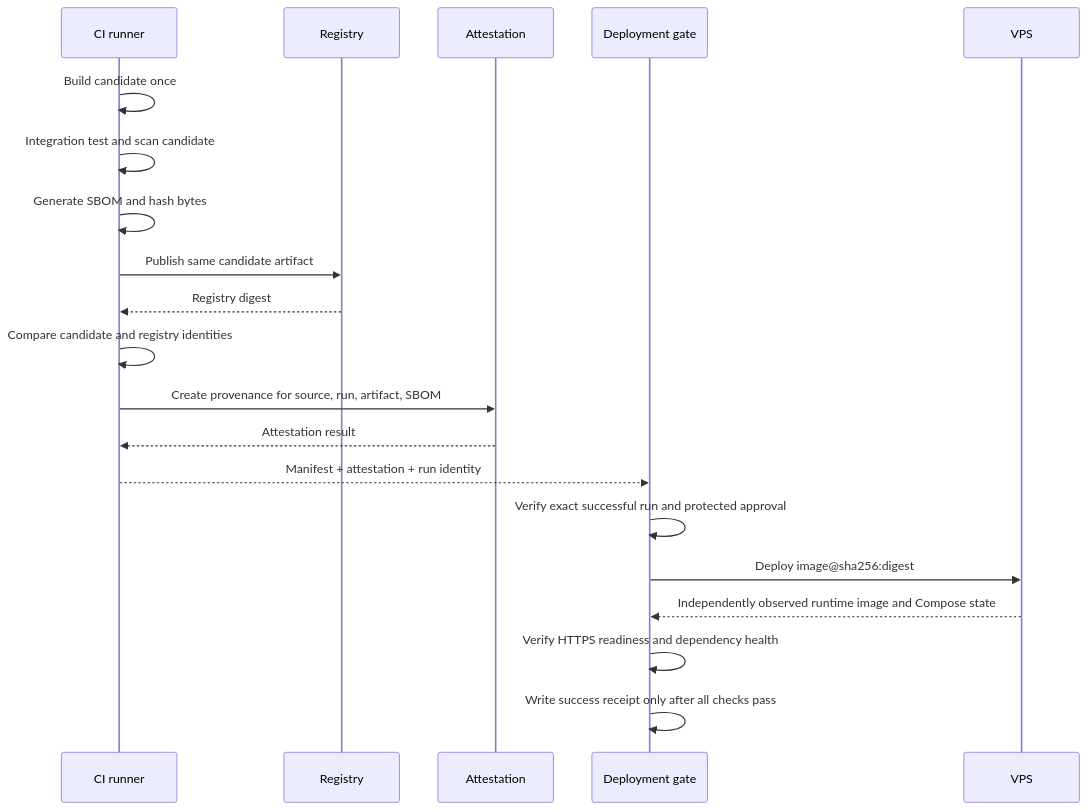
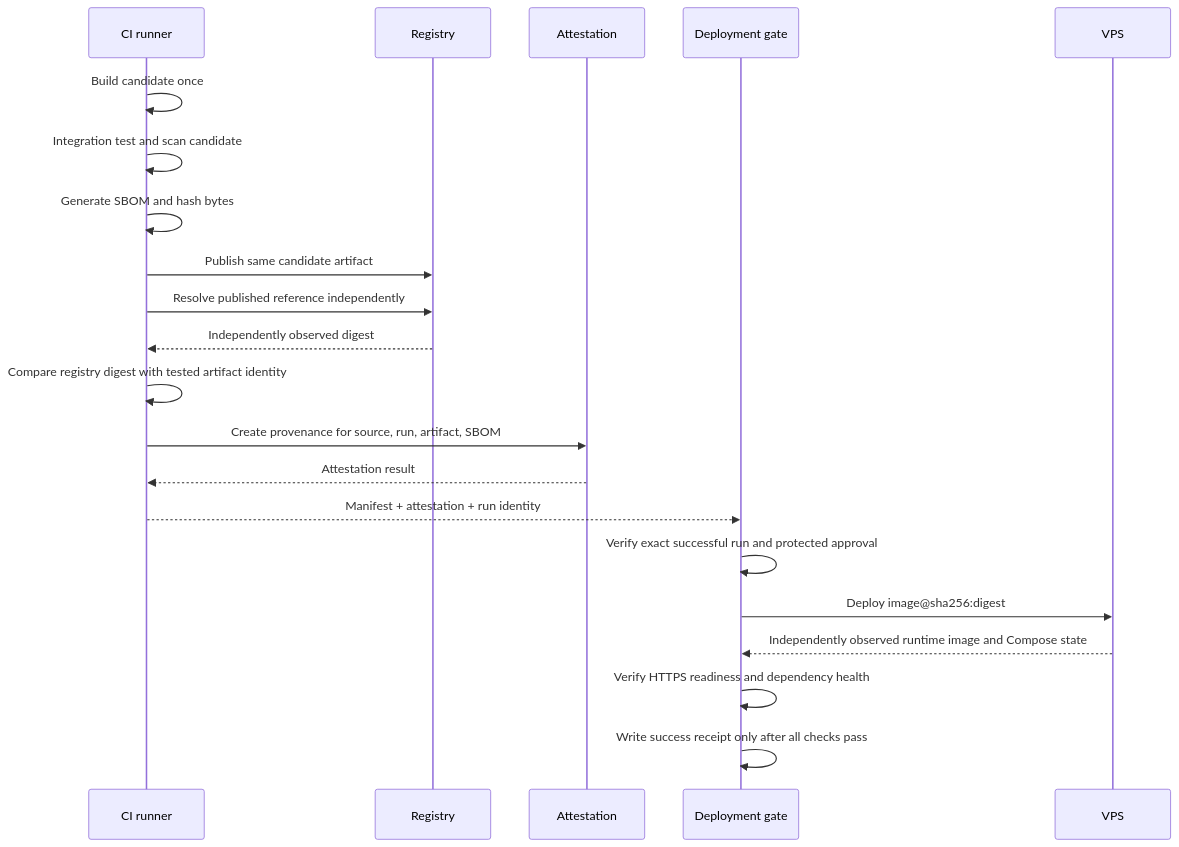
One commit to dhe-cruzer69/x4-fleet changed the diagram in docs/release-contract.md. Above: the diagram before and after it, drawn with Mermaid. The commit also changed other lines of this file, not shown here.

Commit message:
docs(release): require independent registry digest resolution

````diff
--- a/docs/release-contract.md
+++ b/docs/release-contract.md
@@ -22,22 +22,23 @@
 ```mermaid
 sequenceDiagram
   participant CI as CI runner
   participant REG as Registry
   participant ATT as Attestation
   participant DEP as Deployment gate
   participant VPS as VPS
   CI->>CI: Build candidate once
   CI->>CI: Integration test and scan candidate
   CI->>CI: Generate SBOM and hash bytes
   CI->>REG: Publish same candidate artifact
-  REG-->>CI: Registry digest
-  CI->>CI: Compare candidate and registry identities
+  CI->>REG: Resolve published reference independently
+  REG-->>CI: Independently observed digest
+  CI->>CI: Compare registry digest with tested artifact identity
   CI->>ATT: Create provenance for source, run, artifact, SBOM
   ATT-->>CI: Attestation result
   CI-->>DEP: Manifest + attestation + run identity
   DEP->>DEP: Verify exact successful run and protected approval
   DEP->>VPS: Deploy image@sha256:digest
   VPS-->>DEP: Independently observed runtime image and Compose state
   DEP->>DEP: Verify HTTPS readiness and dependency health
   DEP->>DEP: Write success receipt only after all checks pass
 ```
````
